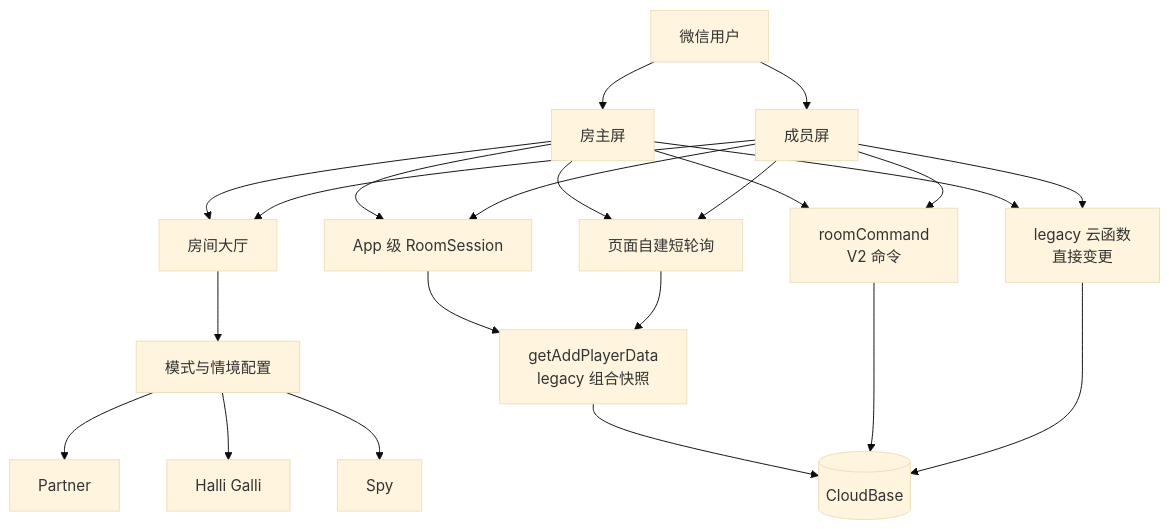
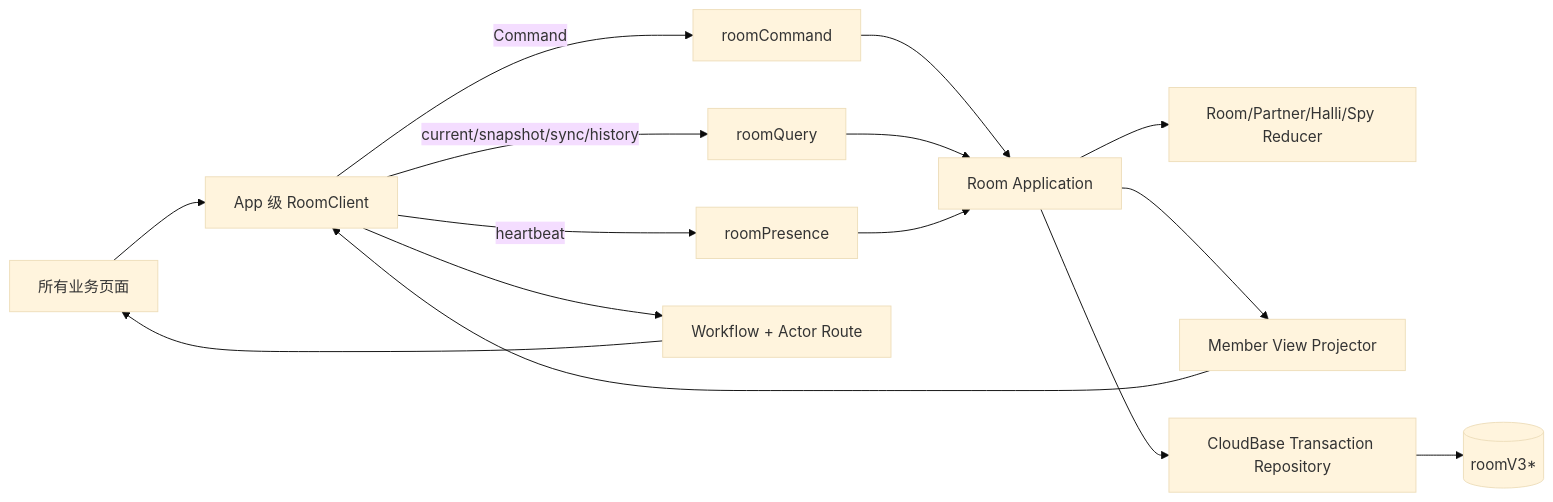
Before and after one commit to Bubble-419/cardboard-miniprogram: the second of 3 diagrams in docs/ROOM_SYSTEM_INDEX.md, drawn with Mermaid (base theme). The commit also changed other lines of this file and 74 other files, not shown here.

````diff
--- a/docs/ROOM_SYSTEM_INDEX.md
+++ b/docs/ROOM_SYSTEM_INDEX.md
@@ -39,40 +42,17 @@
 ```mermaid
-flowchart TB
-  U[微信用户]
-  H[房主屏]
-  S[成员屏]
-  L[房间大厅]
-  C[模式与情境配置]
-  P[Partner]
-  HG[Halli Galli]
-  SP[Spy]
-  RS[App 级 RoomSession]
-  LP[页面自建短轮询]
-  LEG[getAddPlayerData<br/>legacy 组合快照]
-  CMD[roomCommand<br/>V2 命令]
-  MUT[legacy 云函数<br/>直接变更]
-  DB[(CloudBase)]
-
-  U --> H
-  U --> S
-  H --> L
-  S --> L
-  L --> C
-  C --> P
-  C --> HG
-  C --> SP
-
-  H --> RS
-  S --> RS
-  H --> LP
-  S --> LP
-  RS --> LEG
-  LP --> LEG
-  H --> CMD
-  S --> CMD
-  H --> MUT
-  S --> MUT
-  LEG --> DB
-  CMD --> DB
-  MUT --> DB
+flowchart LR
+  UI[所有业务页面] --> RC[App 级 RoomClient]
+  RC -->|Command| C[roomCommand]
+  RC -->|current/snapshot/sync/history| Q[roomQuery]
+  RC -->|heartbeat| P[roomPresence]
+  C --> APP[Room Application]
+  Q --> APP
+  P --> APP
+  APP --> DOM[Room/Partner/Halli/Spy Reducer]
+  APP --> PROJ[Member View Projector]
+  APP --> REPO[CloudBase Transaction Repository]
+  REPO --> DB[(roomV3*)]
+  PROJ --> RC
+  RC --> NAV[Workflow + Actor Route]
+  NAV --> UI
 ```
````
